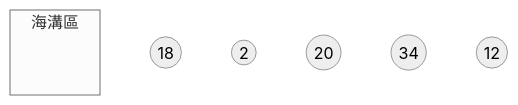
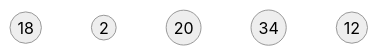
The first of 20 diagrams in Bubble Sorting.md (ianchen0419/cpp-leetcode), drawn with Mermaid (neutral theme) before and after one commit. The commit also changed other lines of this file, not shown here.

````diff
--- a/Bubble Sorting.md
+++ b/Bubble Sorting.md
@@ -11,15 +11,10 @@
 ```mermaid
 flowchart
-
-    subgraph 海溝區
-        f(( )):::clear
-    end
-    
     a((18))
     b((2))
     c((20))
     d((34))
     e((12))
     
     classDef clear opacity:0
 ```
````
